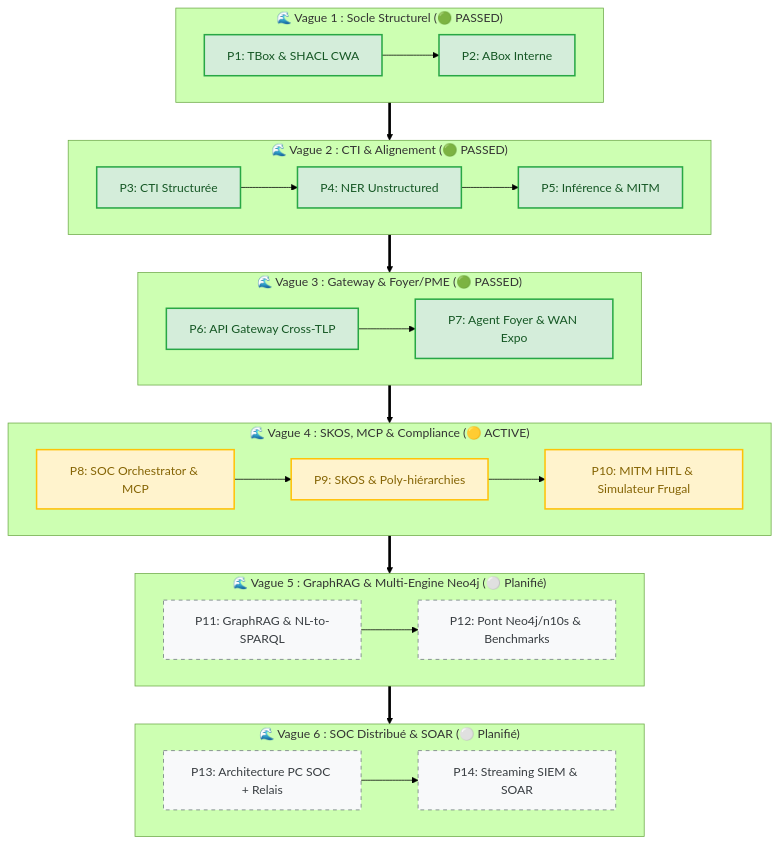
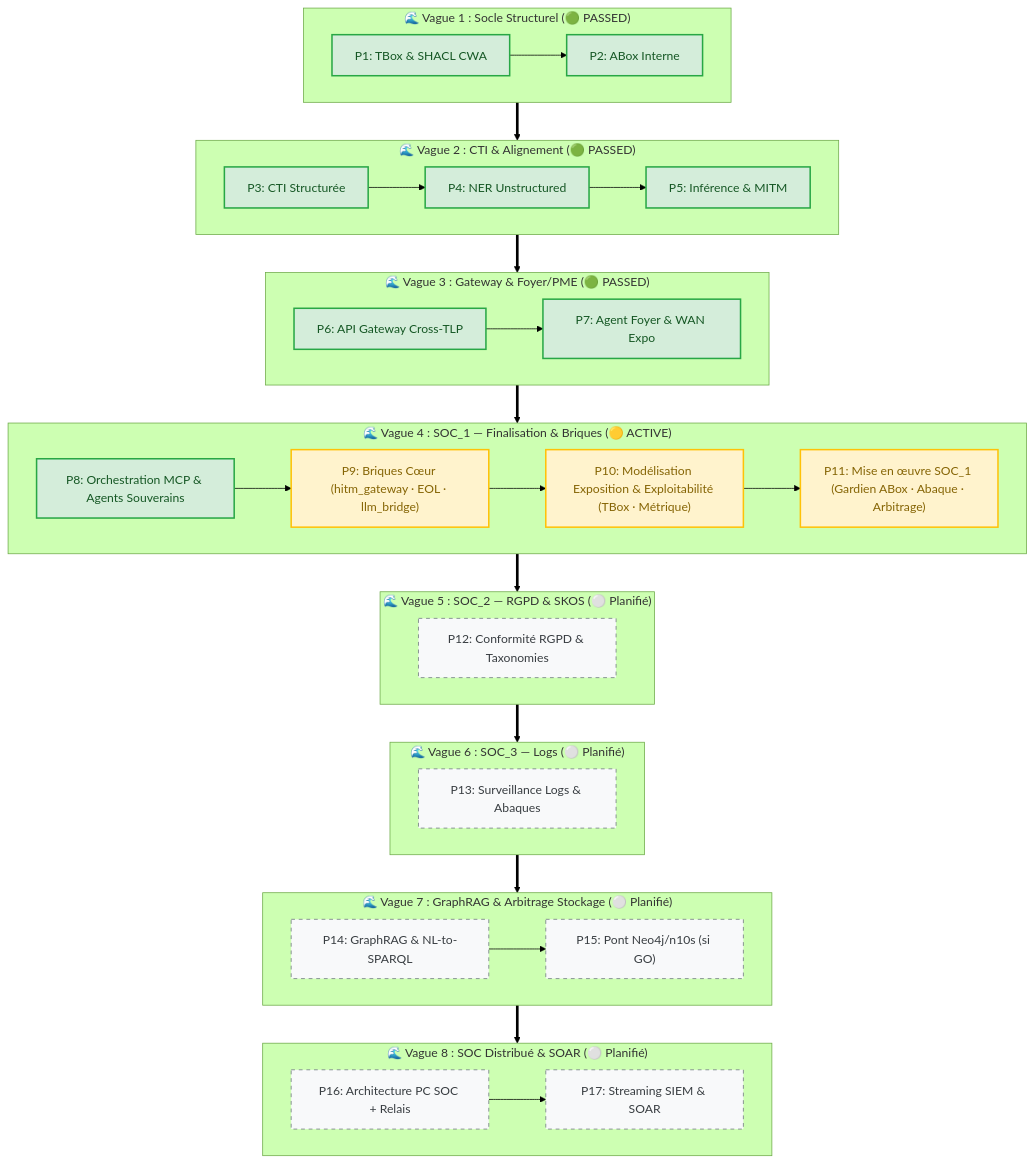
Before and after one commit to AlbanLher/Dkg-cybersec: the first of 3 diagrams in 00-Projet/Roadmap.md, drawn with Mermaid (forest theme). The commit also changed other lines of this file and 54 other files, not shown here.

Commit message:
Session 2 terrain propre : restauration scan réel (agent_local_host_abox), scan_engine + imports canoniques, PATCH mcp_server, pytest.ini racine, mapping conftest, archives 5S — 73 passed + recette UI 200

````diff
--- a/00-Projet/Roadmap.md
+++ b/00-Projet/Roadmap.md
@@ -49,42 +51,52 @@
 ```mermaid
 graph TB
     classDef passed fill:#d4edda,stroke:#28a745,stroke-width:2px,color:#155724;
     classDef active fill:#fff3cd,stroke:#ffc107,stroke-width:2px,color:#856404;
     classDef planned fill:#f8f9fa,stroke:#6c757d,stroke-width:1px,stroke-dasharray: 5 5,color:#383d41;
 
     subgraph V1 ["🌊 Vague 1 : Socle Structurel (🟢 PASSED)"]
         direction LR
         P1["P1: TBox & SHACL CWA"] --> P2["P2: ABox Interne"]
     end
 
     subgraph V2 ["🌊 Vague 2 : CTI & Alignement (🟢 PASSED)"]
         direction LR
         P3["P3: CTI Structurée"] --> P4["P4: NER Unstructured"] --> P5["P5: Inférence & MITM"]
     end
 
     subgraph V3 ["🌊 Vague 3 : Gateway & Foyer/PME (🟢 PASSED)"]
         direction LR
         P6["P6: API Gateway Cross-TLP"] --> P7["P7: Agent Foyer & WAN Expo"]
     end
 
-    subgraph V4 ["🌊 Vague 4 : SKOS, MCP & Compliance (🟡 ACTIVE)"]
+    subgraph V4 ["🌊 Vague 4 : SOC_1 — Finalisation & Briques (🟡 ACTIVE)"]
         direction LR
-        P8["P8: SOC Orchestrator & MCP"] --> P9["P9: SKOS & Poly-hiérarchies"] --> P10["P10: MITM HITL & Simulateur Frugal"]
+        P8["P8: Orchestration MCP & Agents Souverains"] --> P9["P9: Briques Cœur (hitm_gateway · EOL · llm_bridge)"] --> P10["P10: Modélisation Exposition & Exploitabilité (TBox · Métrique)"] --> P11["P11: Mise en œuvre SOC_1 (Gardien ABox · Abaque · Arbitrage)"]
     end
 
-    subgraph V5 ["🌊 Vague 5 : GraphRAG & Multi-Engine Neo4j (⚪ Planifié)"]
+    subgraph V5 ["🌊 Vague 5 : SOC_2 — RGPD & SKOS (⚪ Planifié)"]
         direction LR
-        P11["P11: GraphRAG & NL-to-SPARQL"] --> P12["P12: Pont Neo4j/n10s & Benchmarks"]
+        P12["P12: Conformité RGPD & Taxonomies"]
     end
 
-    subgraph V6 ["🌊 Vague 6 : SOC Distribué & SOAR (⚪ Planifié)"]
+    subgraph V6 ["🌊 Vague 6 : SOC_3 — Logs (⚪ Planifié)"]
         direction LR
-        P13["P13: Architecture PC SOC + Relais"] --> P14["P14: Streaming SIEM & SOAR"]
+        P13["P13: Surveillance Logs & Abaques"]
     end
 
-    V1 ==> V2 ==> V3 ==> V4 ==> V5 ==> V6
+    subgraph V7 ["🌊 Vague 7 : GraphRAG & Arbitrage Stockage (⚪ Planifié)"]
+        direction LR
+        P14["P14: GraphRAG & NL-to-SPARQL"] --> P15["P15: Pont Neo4j/n10s (si GO)"]
+    end
 
-    class P1,P2,P3,P4,P5,P6,P7 passed;
-    class P8,P9,P10 active;
-    class P11,P12,P13,P14 planned;
+    subgraph V8 ["🌊 Vague 8 : SOC Distribué & SOAR (⚪ Planifié)"]
+        direction LR
+        P16["P16: Architecture PC SOC + Relais"] --> P17["P17: Streaming SIEM & SOAR"]
+    end
+
+    V1 ==> V2 ==> V3 ==> V4 ==> V5 ==> V6 ==> V7 ==> V8
+
+    class P1,P2,P3,P4,P5,P6,P7,P8 passed;
+    class P9,P10,P11 active;
+    class P12,P13,P14,P15,P16,P17 planned;
 ```
````
